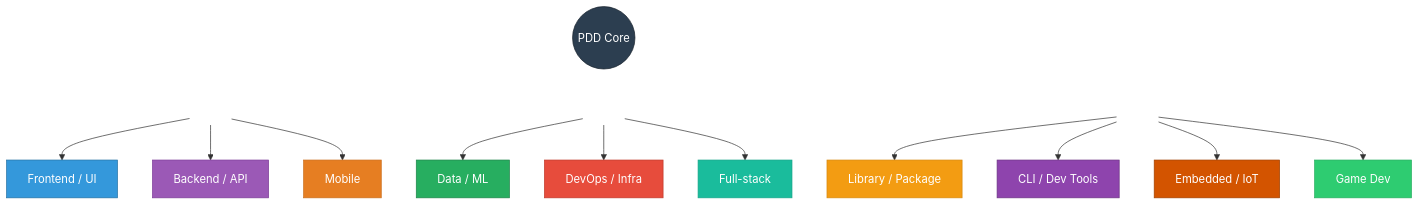
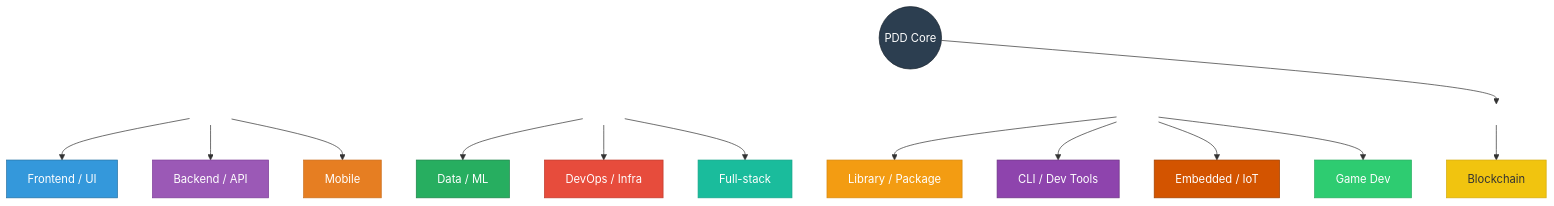
One commit to harshal2802/pdd-skill changed the third of 5 diagrams in docs/philosophy.md. Above: the diagram before and after it, drawn with Mermaid. The commit also changed other lines of this file and 5 other files, not shown here.

````diff
--- a/docs/philosophy.md
+++ b/docs/philosophy.md
@@ -113,38 +113,42 @@
 ```mermaid
 graph TD
     PDD((PDD Core))
 
-    PDD --> row1[ ] & row2[ ] & row3[ ]
+    PDD --> row1[ ] & row2[ ] & row3[ ] & row4[ ]
 
     row1 --> FE["Frontend / UI"]
     row1 --> BE["Backend / API"]
     row1 --> MO["Mobile"]
 
     row2 --> DA["Data / ML"]
     row2 --> DO["DevOps / Infra"]
     row2 --> FS["Full-stack"]
 
     row3 --> LB["Library / Package"]
     row3 --> CL["CLI / Dev Tools"]
     row3 --> EM["Embedded / IoT"]
     row3 --> GD["Game Dev"]
 
+    row4 --> BC["Blockchain"]
+
     style row1 fill:none,stroke:none
     style row2 fill:none,stroke:none
     style row3 fill:none,stroke:none
+    style row4 fill:none,stroke:none
     style PDD fill:#2c3e50,stroke:#1a252f,color:#fff
     style FE fill:#3498db,stroke:#2471a3,color:#fff
     style BE fill:#9b59b6,stroke:#7d3c98,color:#fff
     style MO fill:#e67e22,stroke:#ca6f1e,color:#fff
     style DA fill:#27ae60,stroke:#1e8449,color:#fff
     style DO fill:#e74c3c,stroke:#c0392b,color:#fff
     style FS fill:#1abc9c,stroke:#17a589,color:#fff
     style LB fill:#f39c12,stroke:#d68910,color:#fff
     style CL fill:#8e44ad,stroke:#6c3483,color:#fff
     style EM fill:#d35400,stroke:#a04000,color:#fff
     style GD fill:#2ecc71,stroke:#27ae60,color:#fff
+    style BC fill:#f1c40f,stroke:#d4ac0d,color:#333
 
     linkStyle 0 stroke:none
     linkStyle 1 stroke:none
     linkStyle 2 stroke:none
 ```
````
